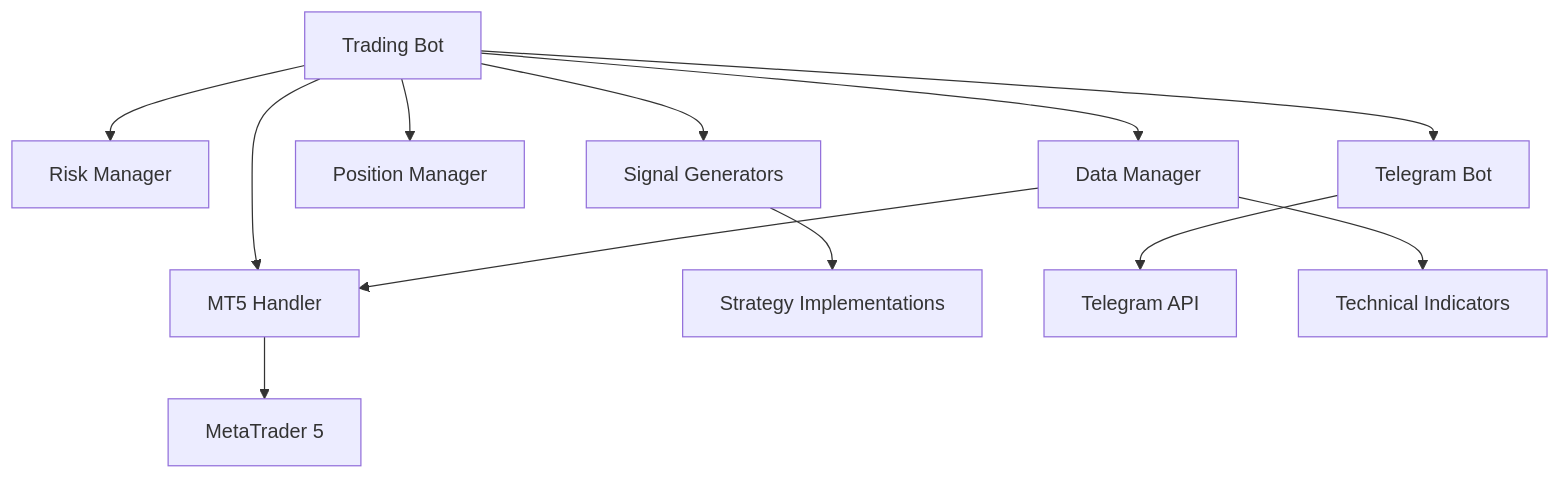
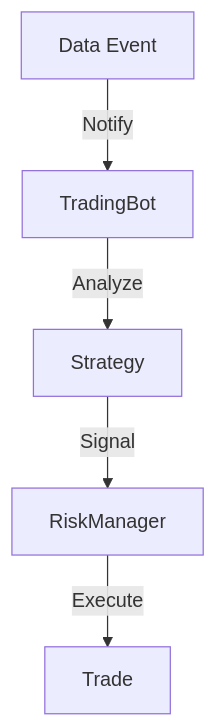
One commit to Ethansi2947E/Trading-Bot2 changed the second of 3 diagrams in memory-bank/systemPatterns.md. Above: the diagram before and after it, drawn with Mermaid. The commit also changed other lines of this file and 20 other files, not shown here.

````diff
--- a/memory-bank/systemPatterns.md
+++ b/memory-bank/systemPatterns.md
@@ -6,17 +135,7 @@
-```mermaid
-flowchart TD
-    TradeBot[Trading Bot] --> MT5Handler[MT5 Handler]
-    TradeBot --> RiskManager[Risk Manager]
-    TradeBot --> SignalGenerators[Signal Generators]
-    TradeBot --> PositionManager[Position Manager]
-    TradeBot --> TelegramBot[Telegram Bot]
-    
-    MT5Handler --> MetaTrader5[MetaTrader 5]
-    SignalGenerators --> Strategies[Strategy Implementations]
-    
-    TelegramBot --> TelegramAPI[Telegram API]
-    TradeBot --> DataManager[Data Manager]
-    
-    DataManager --> TechnicalIndicators[Technical Indicators]
-    DataManager --> MT5Handler
-```
+   ```mermaid
+   graph TD
+       Data[Data Event] -->|Notify| Bot[TradingBot]
+       Bot -->|Analyze| Strategy[Strategy]
+       Strategy -->|Signal| Risk[RiskManager]
+       Risk -->|Execute| Trade[Trade]
+   ```
````
